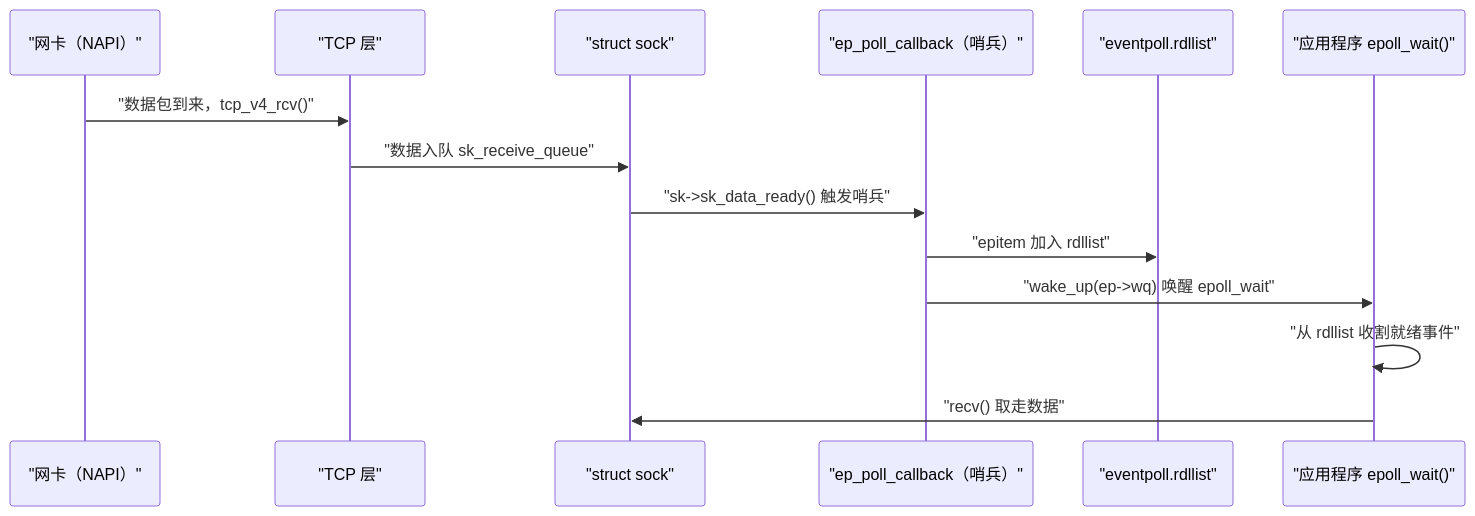
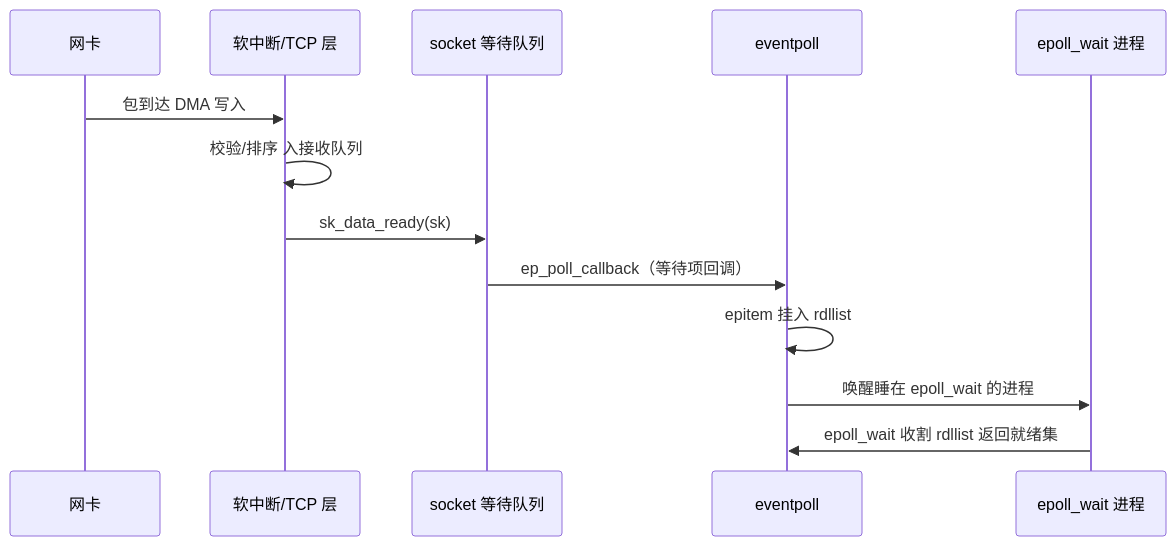
Before and after one commit to hpliStartAgain/my-brain: the fourth of 6 diagrams in content/Linux/网络协议栈与IO/04 epoll 深度解析——事件驱动 IO 的内核实现.md, drawn with Mermaid. The commit also changed other lines of this file and 47 other files, not shown here.

````diff
--- a/content/Linux/网络协议栈与IO/04 epoll 深度解析——事件驱动 IO 的内核实现.md
+++ b/content/Linux/网络协议栈与IO/04 epoll 深度解析——事件驱动 IO 的内核实现.md
@@ -231,18 +200,16 @@
 ```mermaid
 %%{init: {'theme': 'dracula'}}%%
 sequenceDiagram
-    participant NIC as "网卡（NAPI）"
-    participant TCP as "TCP 层"
-    participant Sock as "struct sock"
-    participant CB as "ep_poll_callback（哨兵）"
-    participant EP as "eventpoll.rdllist"
-    participant App as "应用程序 epoll_wait()"
-
-    NIC->>TCP: "数据包到来，tcp_v4_rcv()"
-    TCP->>Sock: "数据入队 sk_receive_queue"
-    Sock->>CB: "sk->sk_data_ready() 触发哨兵"
-    CB->>EP: "epitem 加入 rdllist"
-    CB->>App: "wake_up(ep->wq) 唤醒 epoll_wait"
-    App->>App: "从 rdllist 收割就绪事件"
-    App->>Sock: "recv() 取走数据"
+    participant NIC as 网卡
+    participant SI as 软中断/TCP 层
+    participant SQ as socket 等待队列
+    participant EP as eventpoll
+    participant APP as epoll_wait 进程
+    NIC->>SI: 包到达 DMA 写入
+    SI->>SI: 校验/排序 入接收队列
+    SI->>SQ: sk_data_ready(sk)
+    SQ->>EP: ep_poll_callback（等待项回调）
+    EP->>EP: epitem 挂入 rdllist
+    EP->>APP: 唤醒睡在 epoll_wait 的进程
+    APP->>EP: epoll_wait 收割 rdllist 返回就绪集
 ```
````
